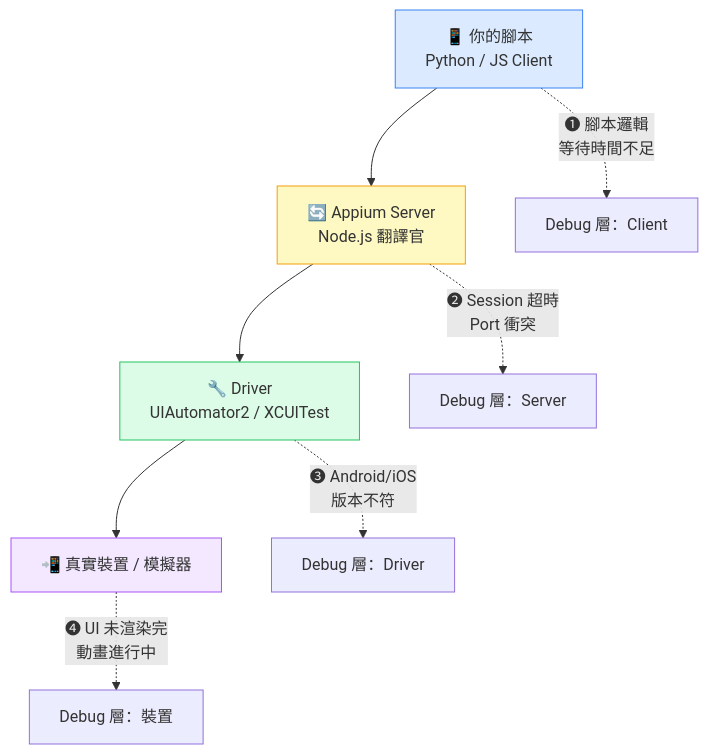
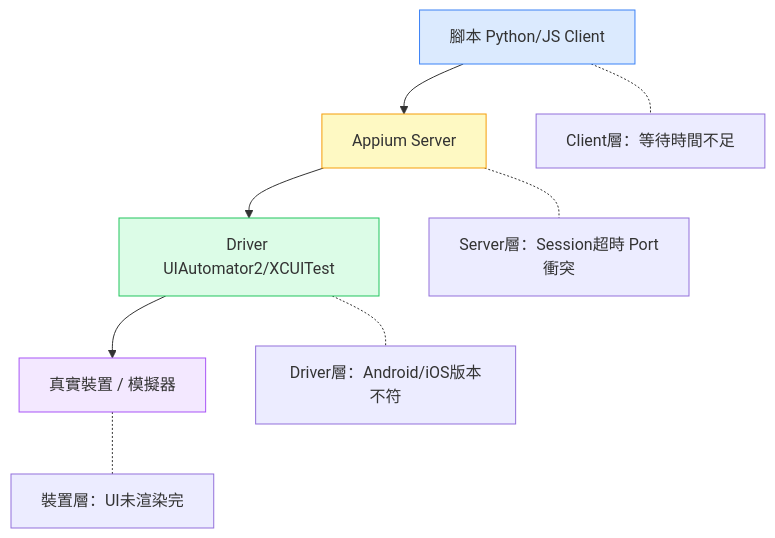
Before and after one commit to jimmyhong065/jimmy-hong-portfolio: the diagram in docs/appium-article-revised.md, drawn with Mermaid. The commit also changed 28 other files, not shown here.

````diff
--- a/docs/appium-article-revised.md
+++ b/docs/appium-article-revised.md
@@ -49,16 +49,14 @@
 ```mermaid
 flowchart TD
-    A["📱 你的腳本\nPython / JS Client"] --> B["🔄 Appium Server\nNode.js 翻譯官"]
-    B --> C["🔧 Driver\nUIAutomator2 / XCUITest"]
-    C --> D["📲 真實裝置 / 模擬器"]
-
-    A -. "❶ 腳本邏輯\n等待時間不足" .-> E1["Debug 層：Client"]
-    B -. "❷ Session 超時\nPort 衝突" .-> E2["Debug 層：Server"]
-    C -. "❸ Android/iOS\n版本不符" .-> E3["Debug 層：Driver"]
-    D -. "❹ UI 未渲染完\n動畫進行中" .-> E4["Debug 層：裝置"]
-
+    A[腳本 Python/JS Client] --> B[Appium Server]
+    B --> C[Driver UIAutomator2/XCUITest]
+    C --> D[真實裝置 / 模擬器]
+    A -.- E1[Client層：等待時間不足]
+    B -.- E2[Server層：Session超時 Port衝突]
+    C -.- E3[Driver層：Android/iOS版本不符]
+    D -.- E4[裝置層：UI未渲染完]
     style A fill:#dbeafe,stroke:#3b82f6
     style B fill:#fef9c3,stroke:#f59e0b
     style C fill:#dcfce7,stroke:#22c55e
     style D fill:#f3e8ff,stroke:#a855f7
 ```
````
